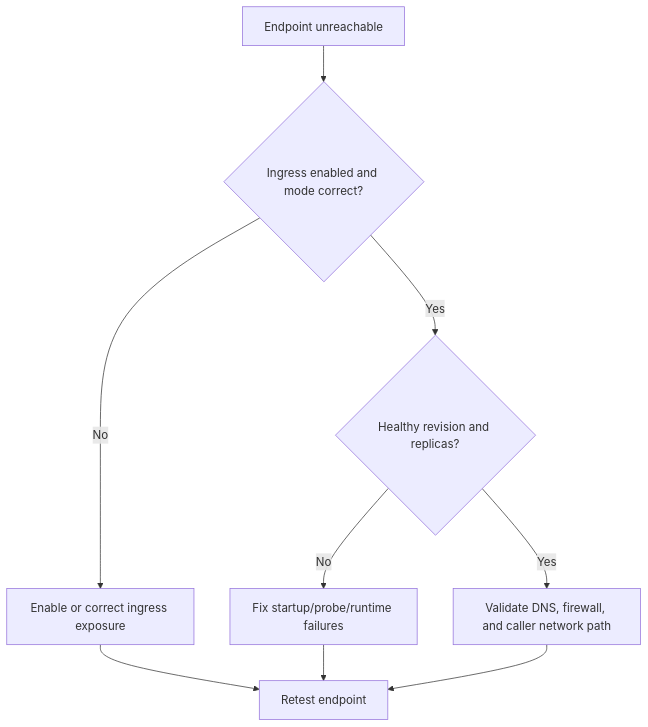
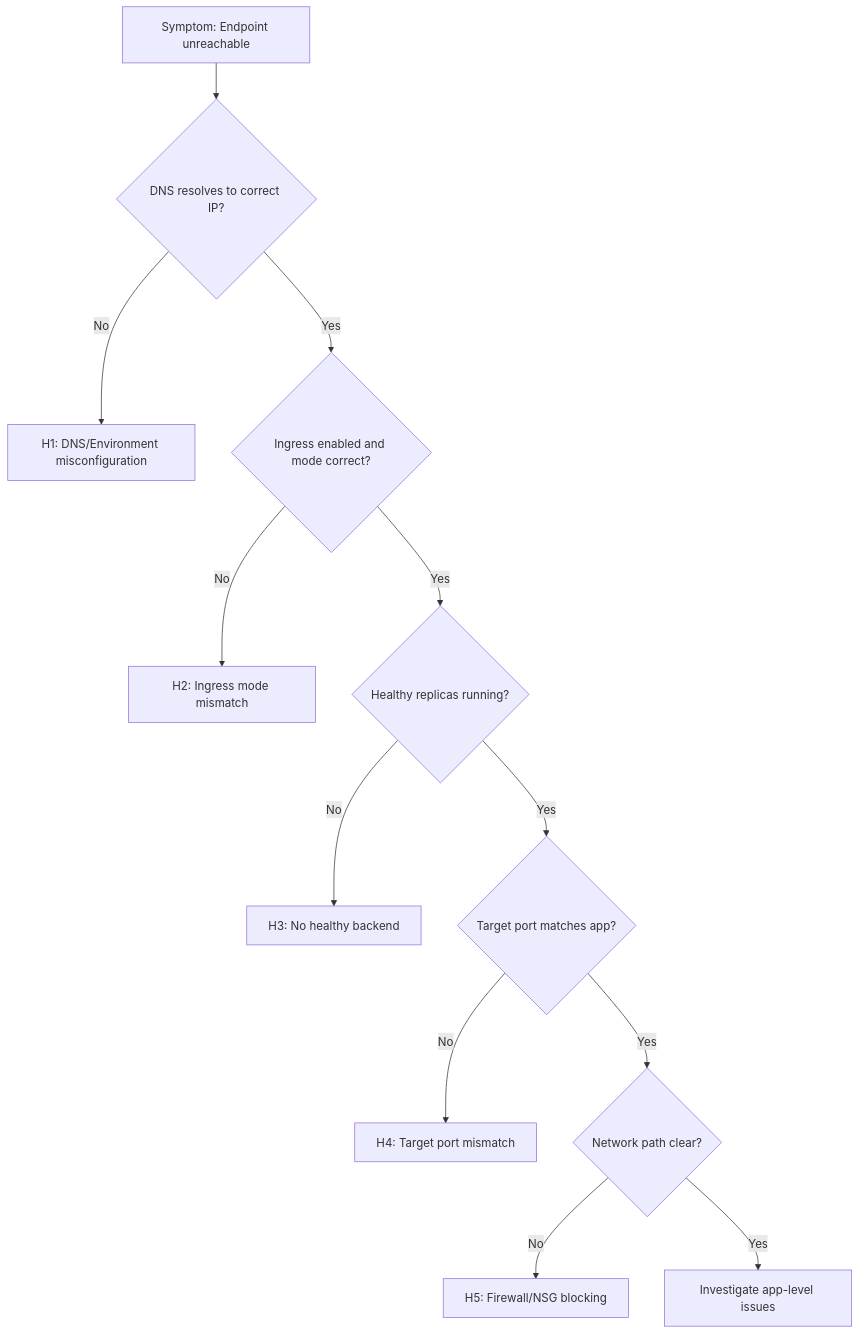
One commit to yeongseon/azure-container-apps-practical-guide changed the diagram in docs/troubleshooting/playbooks/ingress-and-networking/ingress-not-reachable.md. Above: the diagram before and after it, drawn with Mermaid. The commit also changed other lines of this file and 22 other files, not shown here.

First line of the commit message:
docs: expand troubleshooting content to App Service guide level

````diff
--- a/docs/troubleshooting/playbooks/ingress-and-networking/ingress-not-reachable.md
+++ b/docs/troubleshooting/playbooks/ingress-and-networking/ingress-not-reachable.md
@@ -68,11 +15,14 @@
 ```mermaid
-flowchart TD
-    A[Endpoint unreachable] --> B{Ingress enabled and mode correct?}
-    B -->|No| C[Enable or correct ingress exposure]
-    B -->|Yes| D{Healthy revision and replicas?}
-    D -->|No| E[Fix startup/probe/runtime failures]
-    D -->|Yes| F[Validate DNS, firewall, and caller network path]
-    C --> G[Retest endpoint]
-    E --> G
-    F --> G
+graph TD
+    A[Symptom: Endpoint unreachable] --> B{DNS resolves to correct IP?}
+    B -->|No| H1[H1: DNS/Environment misconfiguration]
+    B -->|Yes| C{Ingress enabled and mode correct?}
+    C -->|No| H2[H2: Ingress mode mismatch]
+    C -->|Yes| D{Healthy replicas running?}
+    D -->|No| H3[H3: No healthy backend]
+    D -->|Yes| E{Target port matches app?}
+    E -->|No| H4[H4: Target port mismatch]
+    E -->|Yes| F{Network path clear?}
+    F -->|No| H5[H5: Firewall/NSG blocking]
+    F -->|Yes| G[Investigate app-level issues]
 ```
````
